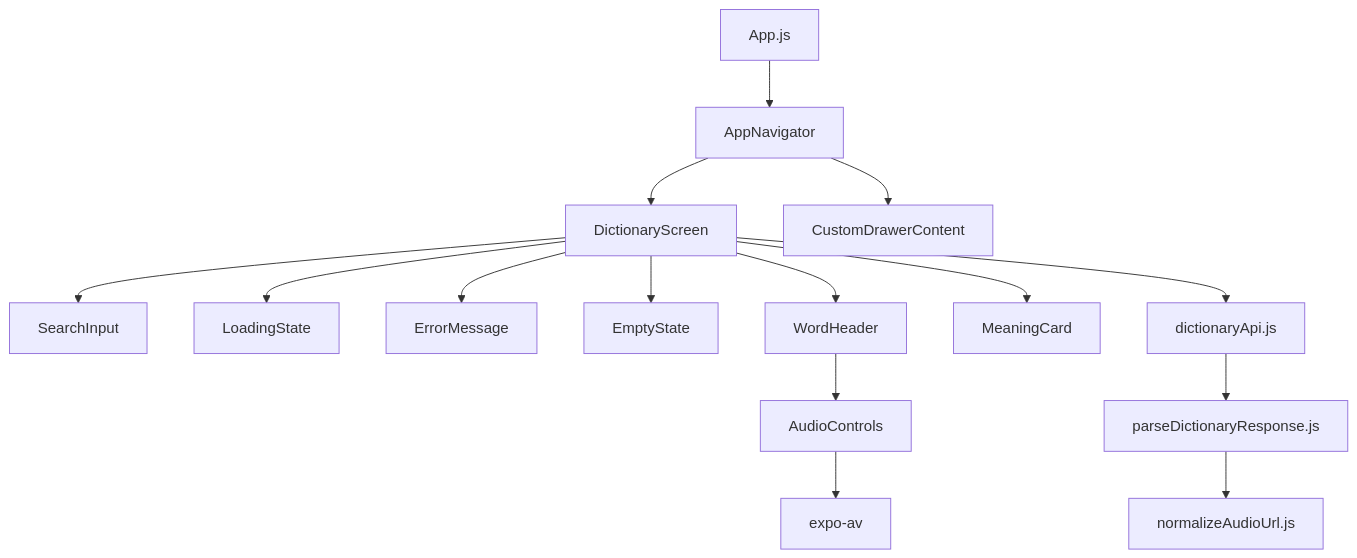
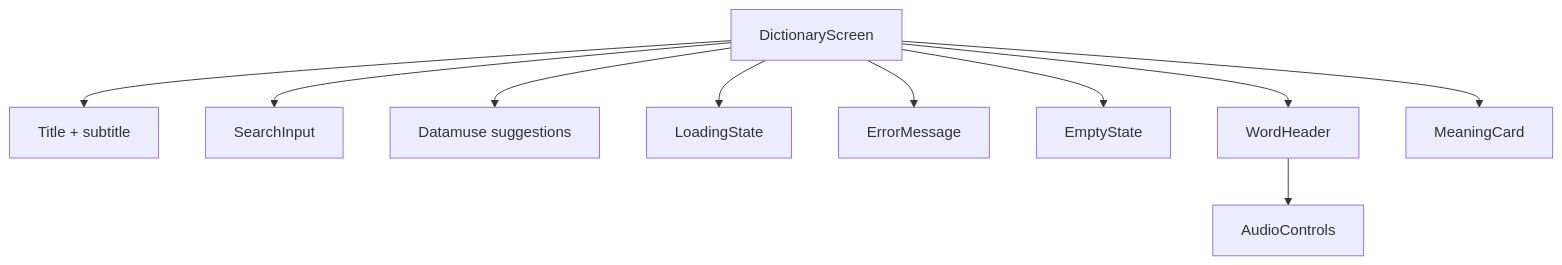
Before and after one commit to m-prosper-10/mobile.dictionary: the eighth of 11 diagrams in DOCS.md, drawn with Mermaid. The commit also changed other lines of this file and 1 other file, not shown here.

Commit message:
Update architectural documentation to match Expo Router and Datamuse integration and clean up dictionary API service definitions.

````diff
--- a/DOCS.md
+++ b/DOCS.md
@@ -288,22 +280,13 @@
 ```mermaid
 flowchart TD
-    App[App.js] --> AppNavigator[AppNavigator]
-
-    AppNavigator --> DictionaryScreen[DictionaryScreen]
-    AppNavigator --> CustomDrawerContent[CustomDrawerContent]
-
+    DictionaryScreen --> Header[Title + subtitle]
     DictionaryScreen --> SearchInput[SearchInput]
+    DictionaryScreen --> SuggestionChips[Datamuse suggestions]
     DictionaryScreen --> LoadingState[LoadingState]
     DictionaryScreen --> ErrorMessage[ErrorMessage]
     DictionaryScreen --> EmptyState[EmptyState]
     DictionaryScreen --> WordHeader[WordHeader]
     DictionaryScreen --> MeaningCard[MeaningCard]
 
     WordHeader --> AudioControls[AudioControls]
-
-    AudioControls --> ExpoAV[expo-av]
-
-    DictionaryScreen --> DictionaryAPI[dictionaryApi.js]
-    DictionaryAPI --> Parser[parseDictionaryResponse.js]
-    Parser --> Normalizer[normalizeAudioUrl.js]
 ```
````
